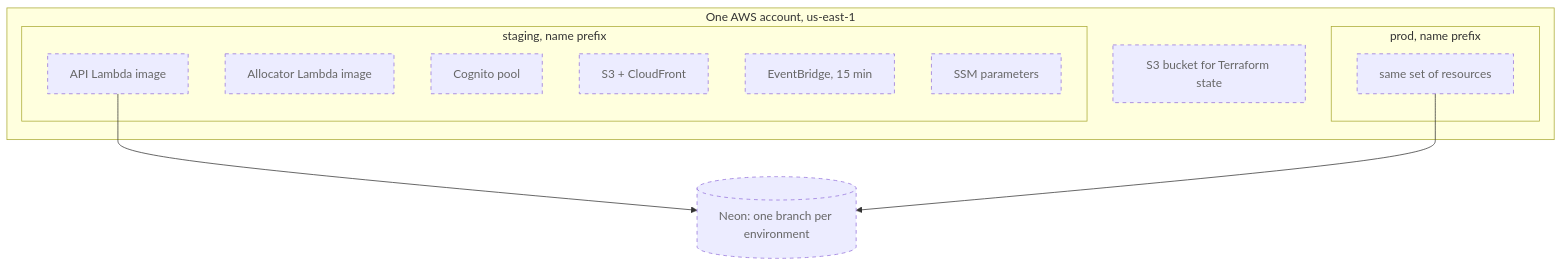
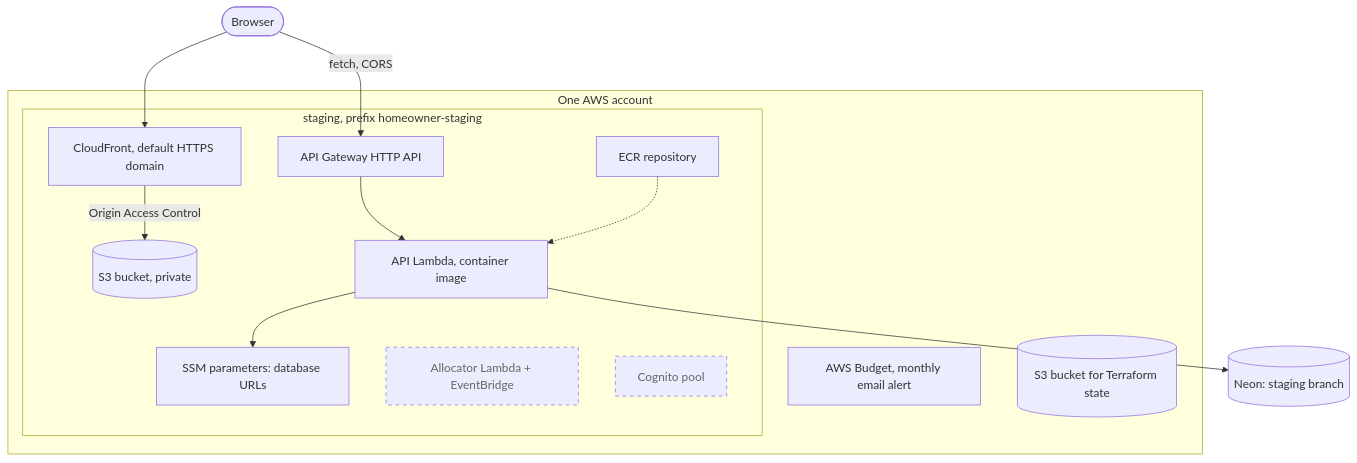
One commit to AbnerWillclefy/Homeowner changed the first of 2 diagrams in docs/architecture/infrastructure.md. Above: the diagram before and after it, drawn with Mermaid. The commit also changed other lines of this file, not shown here.

Commit message:
docs(architecture): show staging infra, deploy pipeline and web hosting as built

````diff
--- a/docs/architecture/infrastructure.md
+++ b/docs/architecture/infrastructure.md
@@ -15,21 +15,27 @@
 ```mermaid
 flowchart TB
-    subgraph aws["One AWS account, us-east-1"]
-      subgraph stg["staging, name prefix"]
-        s1["API Lambda image"]:::p
-        s2["Allocator Lambda image"]:::p
-        s3["Cognito pool"]:::p
-        s4["S3 + CloudFront"]:::p
-        s5["EventBridge, 15 min"]:::p
-        s6["SSM parameters"]:::p
+    user(["Browser"])
+    subgraph aws["One AWS account"]
+      subgraph stg["staging, prefix homeowner-staging"]
+        cf["CloudFront, default HTTPS domain"]
+        s3[("S3 bucket, private")]
+        apigw["API Gateway HTTP API"]
+        fn["API Lambda, container image"]
+        ecr["ECR repository"]
+        ssm["SSM parameters: database URLs"]
+        alloc["Allocator Lambda + EventBridge"]:::p
+        cog["Cognito pool"]:::p
       end
-      subgraph prd["prod, name prefix"]
-        p1["same set of resources"]:::p
-      end
-      tf["S3 bucket for Terraform state"]:::p
+      bud["AWS Budget, monthly email alert"]
+      tf[("S3 bucket for Terraform state")]
     end
-    neon[("Neon: one branch per environment")]:::p
-    s1 --> neon
-    p1 --> neon
+    neon[("Neon: staging branch")]
+    user --> cf
+    cf -- "Origin Access Control" --> s3
+    user -- "fetch, CORS" --> apigw
+    apigw --> fn
+    ecr -.-> fn
+    fn --> ssm
+    fn --> neon
     classDef p stroke-dasharray: 5 5,color:#666
 ```
````
